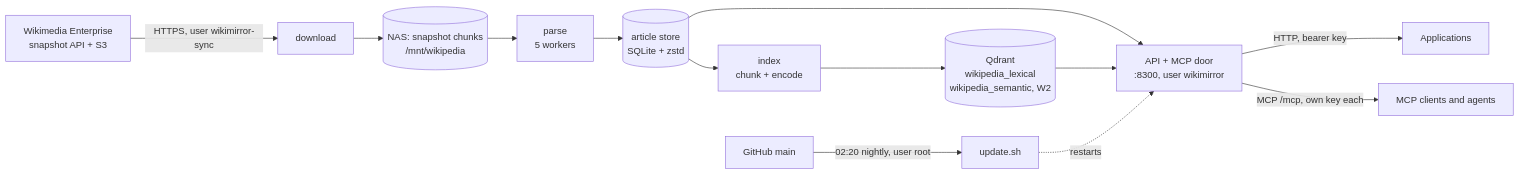
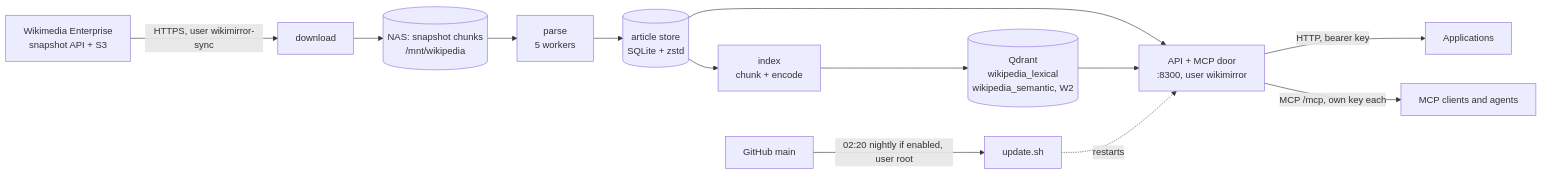
The diagram in docs/ARCHITECTURE.md (SFN-ALPHA/sfn-wiki-mirror), drawn with Mermaid before and after one commit. The commit also changed other lines of this file and 41 other files, not shown here.

````diff
--- a/docs/ARCHITECTURE.md
+++ b/docs/ARCHITECTURE.md
@@ -18,15 +18,15 @@
 ```mermaid
 flowchart LR
     WME[Wikimedia Enterprise<br/>snapshot API + S3] -->|HTTPS, user wikimirror-sync| DL[download]
     DL --> NAS[(NAS: snapshot chunks<br/>/mnt/wikipedia)]
     NAS --> PARSE[parse<br/>5 workers]
     PARSE --> STORE[(article store<br/>SQLite + zstd)]
     STORE --> IDX[index<br/>chunk + encode]
     IDX --> QD[(Qdrant<br/>wikipedia_lexical<br/>wikipedia_semantic, W2)]
     STORE --> API
     QD --> API[API + MCP door<br/>:8300, user wikimirror]
     API -->|HTTP, bearer key| APPS[Applications]
     API -->|MCP /mcp, own key each| AGENTS[MCP clients and agents]
-    GH[GitHub main] -->|02:20 nightly, user root| UPD[update.sh]
+    GH[GitHub main] -->|02:20 nightly if enabled, user root| UPD[update.sh]
     UPD -.restarts.-> API
 ```
````
